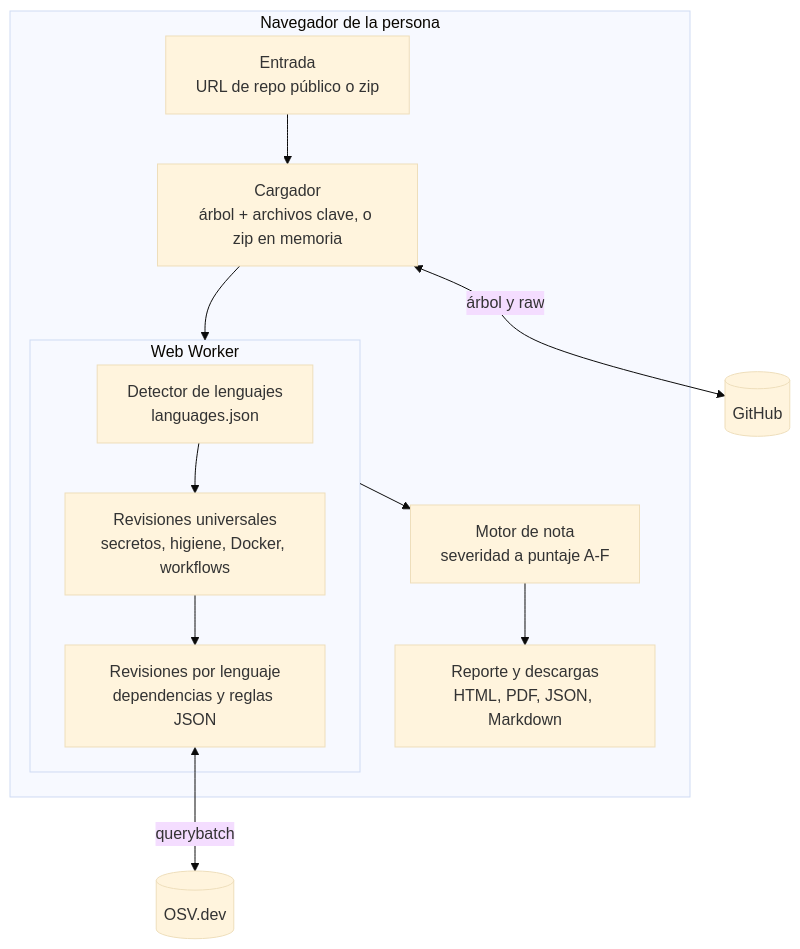
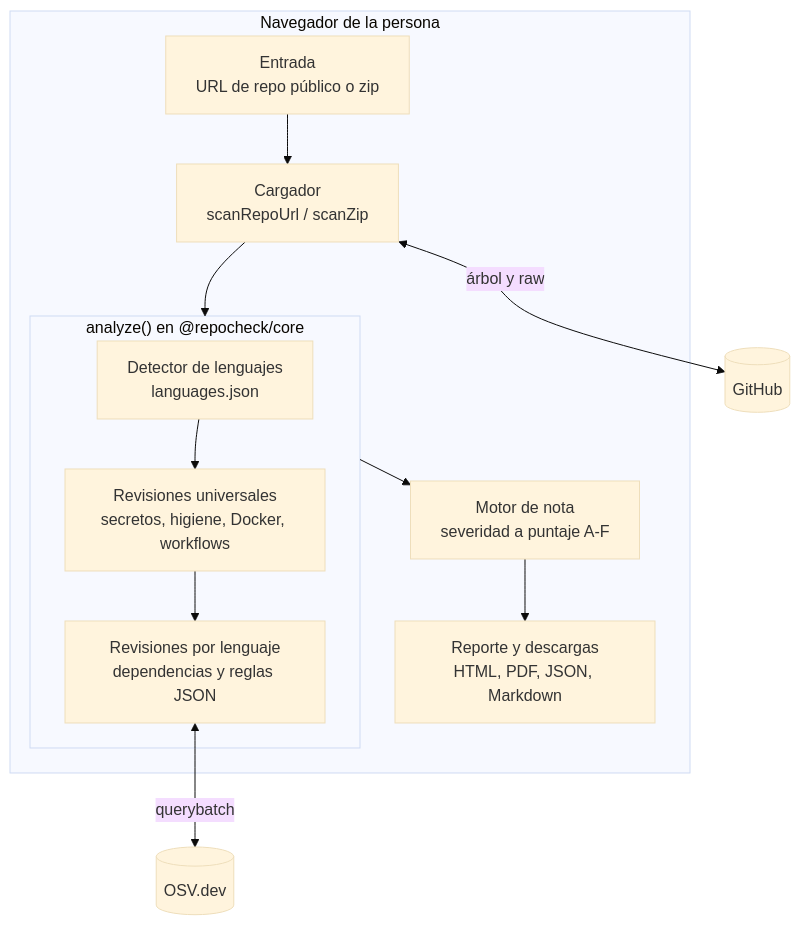
One commit to IsaiDardonMayen/RepoCheck changed the diagram in docs/architecture.md. Above: the diagram before and after it, drawn with Mermaid (base theme). The commit also changed other lines of this file and 12 other files, not shown here.

````diff
--- a/docs/architecture.md
+++ b/docs/architecture.md
@@ -5,15 +5,15 @@
 ```mermaid
 flowchart TD
     subgraph Navegador["Navegador de la persona"]
         Entrada["Entrada<br/>URL de repo público o zip"] --> Cargador
-        Cargador["Cargador<br/>árbol + archivos clave, o zip en memoria"] --> Worker
-        subgraph Worker["Web Worker"]
+        Cargador["Cargador<br/>scanRepoUrl / scanZip"] --> Analisis
+        subgraph Analisis["analyze() en @repocheck/core"]
             Detector["Detector de lenguajes<br/>languages.json"] --> Universal["Revisiones universales<br/>secretos, higiene, Docker, workflows"]
             Universal --> PorLenguaje["Revisiones por lenguaje<br/>dependencias y reglas JSON"]
         end
-        Worker --> Nota["Motor de nota<br/>severidad a puntaje A-F"]
+        Analisis --> Nota["Motor de nota<br/>severidad a puntaje A-F"]
         Nota --> Reporte["Reporte y descargas<br/>HTML, PDF, JSON, Markdown"]
     end
     Cargador <-->|"árbol y raw"| GitHub[("GitHub")]
     PorLenguaje <-->|"querybatch"| OSV[("OSV.dev")]
 ```
````
